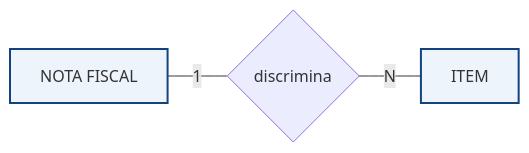
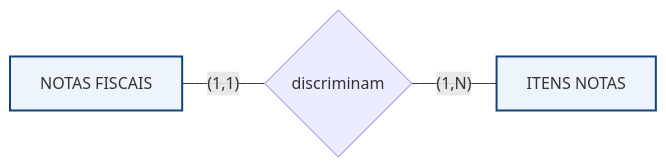
The diagram in unidades/04-modelagem/assets/er-notas.mmd (howardroatti/banco-de-dados-faesa), drawn with Mermaid before and after one commit. The commit also changed 22 other files, not shown here.

Commit message:
Secao Traducao Classe->E-R (5 casos) com diagrama de classe + E-R Chen (min,max) + Dicionario de Dados

```diff
--- a/unidades/04-modelagem/assets/er-notas.mmd
+++ b/unidades/04-modelagem/assets/er-notas.mmd
@@ -1,6 +1,6 @@
 flowchart LR
-    NF["NOTA FISCAL"] ---|1| R{"discrimina"}
-    R ---|N| IT["ITEM"]
+    NF["NOTAS FISCAIS"] ---|"(1,1)"| R{"discriminam"}
+    R ---|"(1,N)"| IT["ITENS NOTAS"]
     NF:::ent
     IT:::ent
     classDef ent fill:#eef4fb,stroke:#12437f,stroke-width:2px;
```
